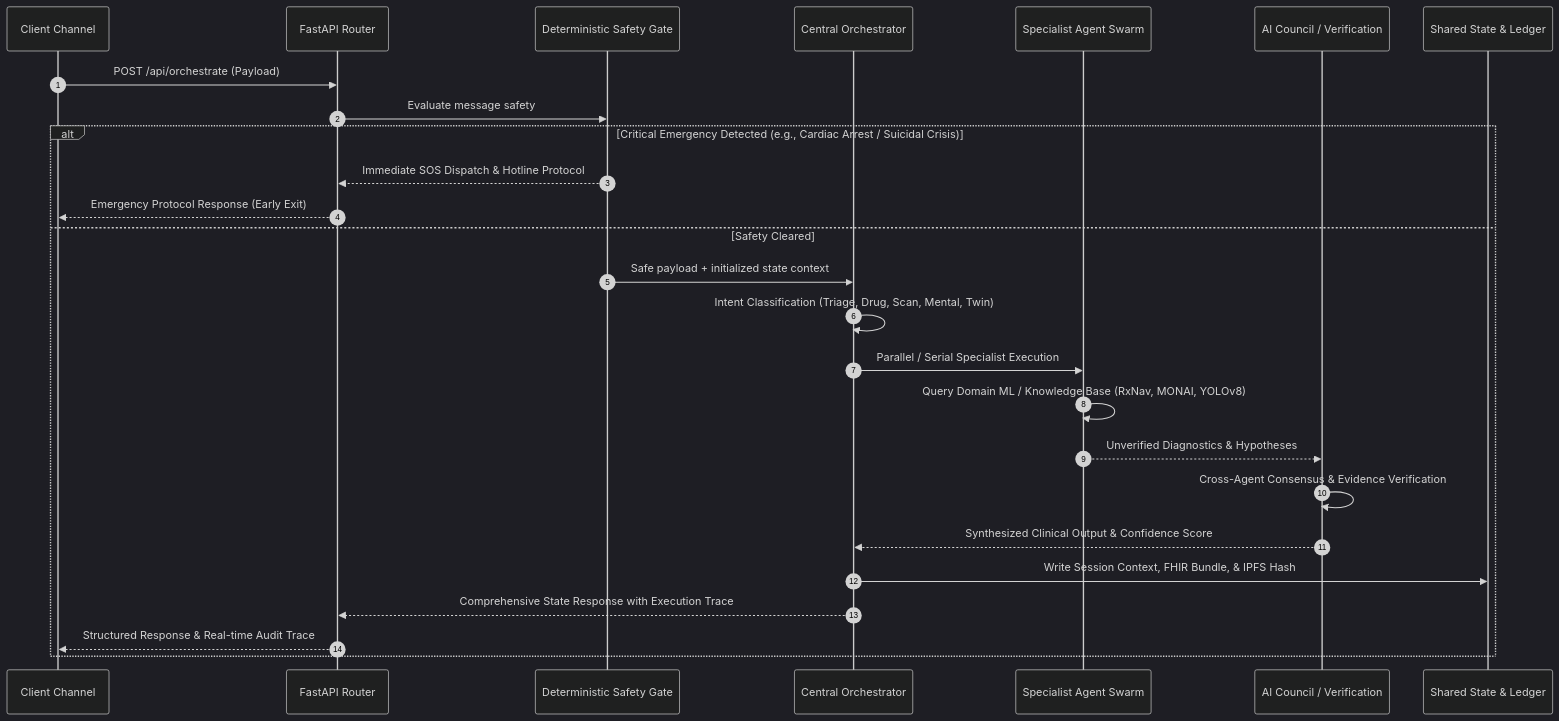
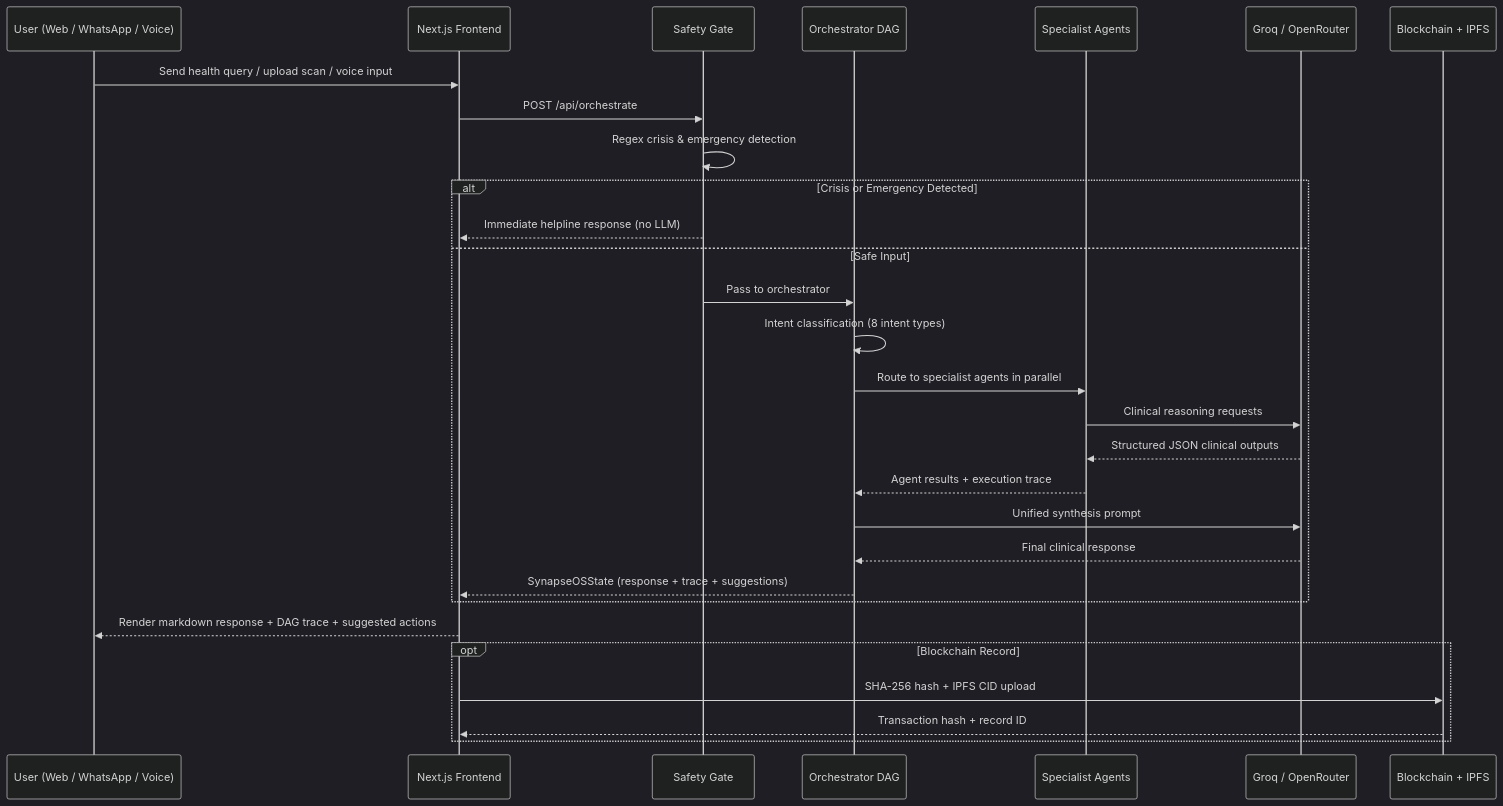
One commit to livingmangal/Synapse-OS changed the second of 5 diagrams in README.md. Above: the diagram before and after it, drawn with Mermaid (dark theme). The commit also changed other lines of this file, not shown here.

Commit message:
docs: production-grade README with full architecture, agents, tech stack, API ref, blockchain, wearable pipeline, 12-image showcase

````diff
--- a/README.md
+++ b/README.md
@@ -195,29 +363,33 @@
 ```mermaid
 sequenceDiagram
-    autonumber
-    participant User as Client Channel
-    participant Gateway as FastAPI Router
-    participant Safety as Deterministic Safety Gate
-    participant Orch as Central Orchestrator
-    participant Specialist as Specialist Agent Swarm
-    participant Council as AI Council / Verification
-    participant State as Shared State & Ledger
+    participant U as User (Web / WhatsApp / Voice)
+    participant FE as Next.js Frontend
+    participant GATE as Safety Gate
+    participant ORCH as Orchestrator DAG
+    participant AGENTS as Specialist Agents
+    participant LLM as Groq / OpenRouter
+    participant CHAIN as Blockchain + IPFS
 
-    User->>Gateway: POST /api/orchestrate (Payload)
-    Gateway->>Safety: Evaluate message safety
-    alt Critical Emergency Detected (e.g., Cardiac Arrest / Suicidal Crisis)
-        Safety-->>Gateway: Immediate SOS Dispatch & Hotline Protocol
-        Gateway-->>User: Emergency Protocol Response (Early Exit)
-    else Safety Cleared
-        Safety->>Orch: Safe payload + initialized state context
-        Orch->>Orch: Intent Classification (Triage, Drug, Scan, Mental, Twin)
-        Orch->>Specialist: Parallel / Serial Specialist Execution
-        Specialist->>Specialist: Query Domain ML / Knowledge Base (RxNav, MONAI, YOLOv8)
-        Specialist-->>Council: Unverified Diagnostics & Hypotheses
-        Council->>Council: Cross-Agent Consensus & Evidence Verification
-        Council-->>Orch: Synthesized Clinical Output & Confidence Score
-        Orch->>State: Write Session Context, FHIR Bundle, & IPFS Hash
-        Orch-->>Gateway: Comprehensive State Response with Execution Trace
-        Gateway-->>User: Structured Response & Real-time Audit Trace
+    U->>FE: Send health query / upload scan / voice input
+    FE->>GATE: POST /api/orchestrate
+    GATE->>GATE: Regex crisis & emergency detection
+    alt Crisis or Emergency Detected
+        GATE-->>FE: Immediate helpline response (no LLM)
+    else Safe Input
+        GATE->>ORCH: Pass to orchestrator
+        ORCH->>ORCH: Intent classification (8 intent types)
+        ORCH->>AGENTS: Route to specialist agents in parallel
+        AGENTS->>LLM: Clinical reasoning requests
+        LLM-->>AGENTS: Structured JSON clinical outputs
+        AGENTS-->>ORCH: Agent results + execution trace
+        ORCH->>LLM: Unified synthesis prompt
+        LLM-->>ORCH: Final clinical response
+        ORCH-->>FE: SynapseOSState (response + trace + suggestions)
+    end
+    FE-->>U: Render markdown response + DAG trace + suggested actions
+
+    opt Blockchain Record
+        FE->>CHAIN: SHA-256 hash + IPFS CID upload
+        CHAIN-->>FE: Transaction hash + record ID
     end
 ```
````
